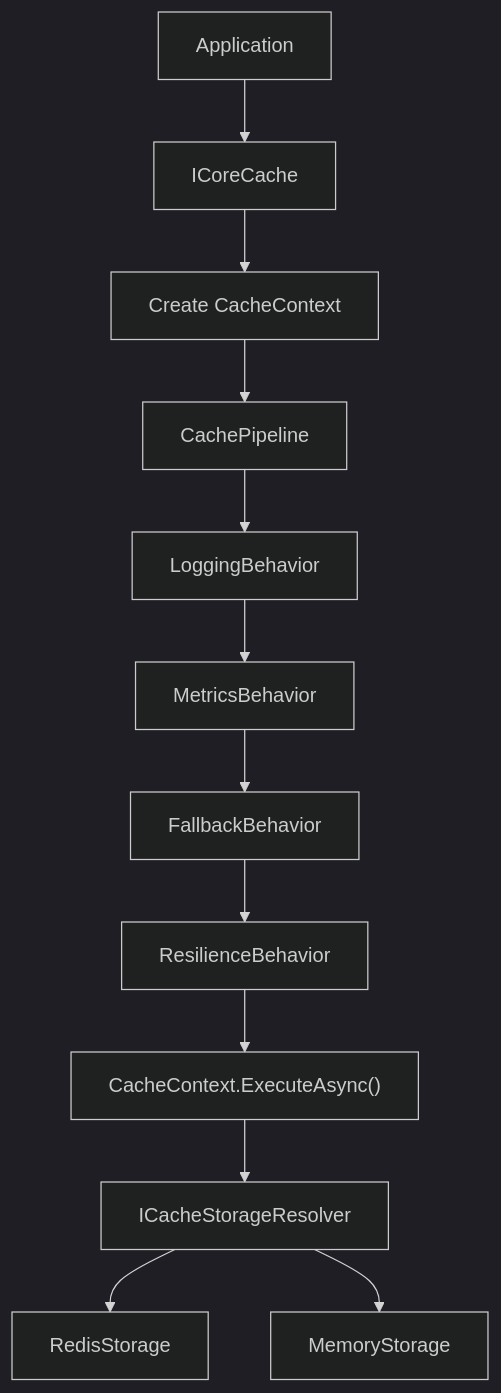
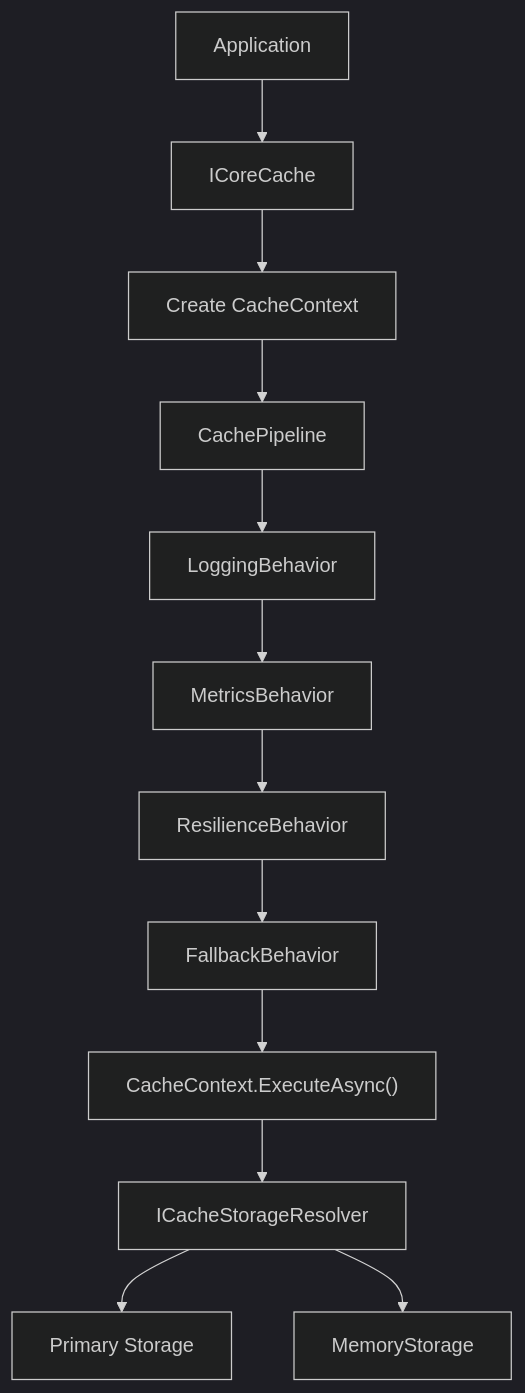
One commit to FEDERIN/CoreSystem changed the first of 2 diagrams in docs/Cache/Architecture.md. Above: the diagram before and after it, drawn with Mermaid (dark theme). The commit also changed other lines of this file and 29 other files, not shown here.

````diff
--- a/docs/Cache/Architecture.md
+++ b/docs/Cache/Architecture.md
@@ -9,27 +9,27 @@
 ```mermaid
 graph TD
 
     App["Application"]
 
     App --> Service["ICoreCache"]
 
     Service --> Context["Create CacheContext"]
 
     Context --> Pipeline["CachePipeline"]
 
     Pipeline --> Logging["LoggingBehavior"]
 
     Logging --> Metrics["MetricsBehavior"]
 
-    Metrics --> Fallback["FallbackBehavior"]
+    Metrics --> Resilience["ResilienceBehavior"]
 
-    Fallback --> Resilience["ResilienceBehavior"]
+    Resilience --> Fallback["FallbackBehavior"]
 
-    Resilience --> Execute["CacheContext.ExecuteAsync()"]
+    Fallback --> Execute["CacheContext.ExecuteAsync()"]
 
     Execute --> Resolver["ICacheStorageResolver"]
 
-    Resolver --> Redis["RedisStorage"]
+    Resolver --> Primary["Primary Storage"]
 
     Resolver --> Memory["MemoryStorage"]
 ```
````
